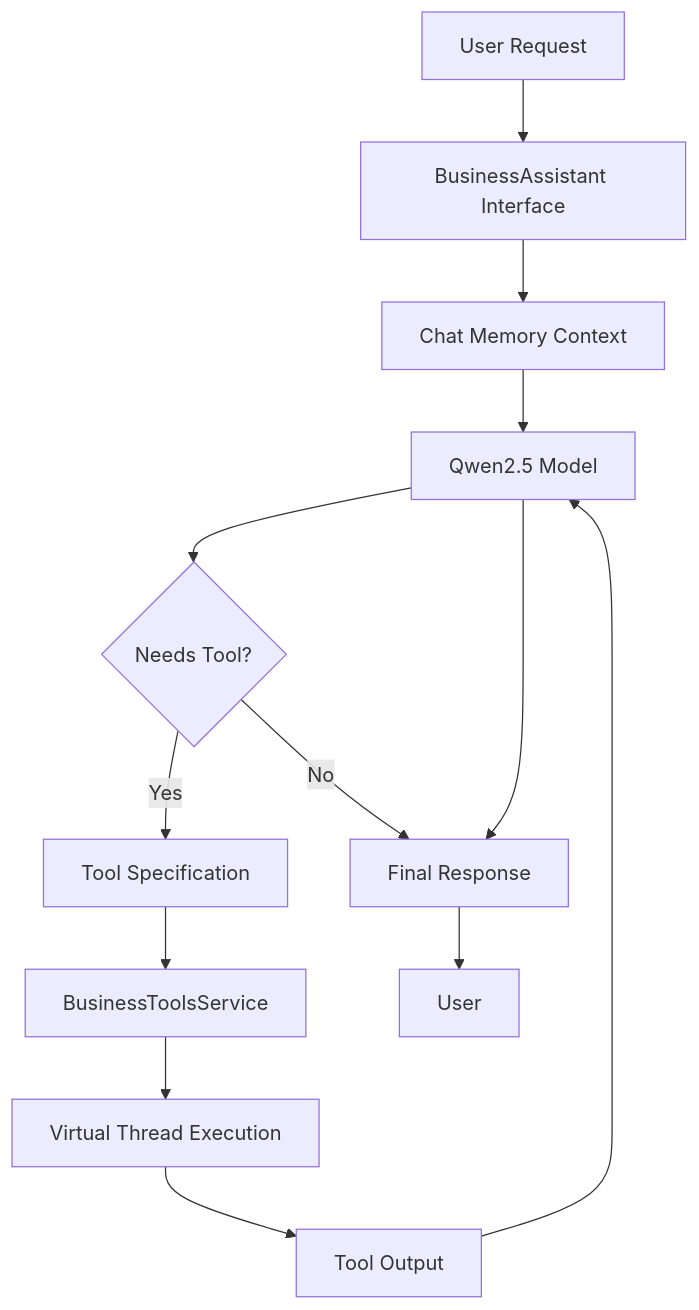
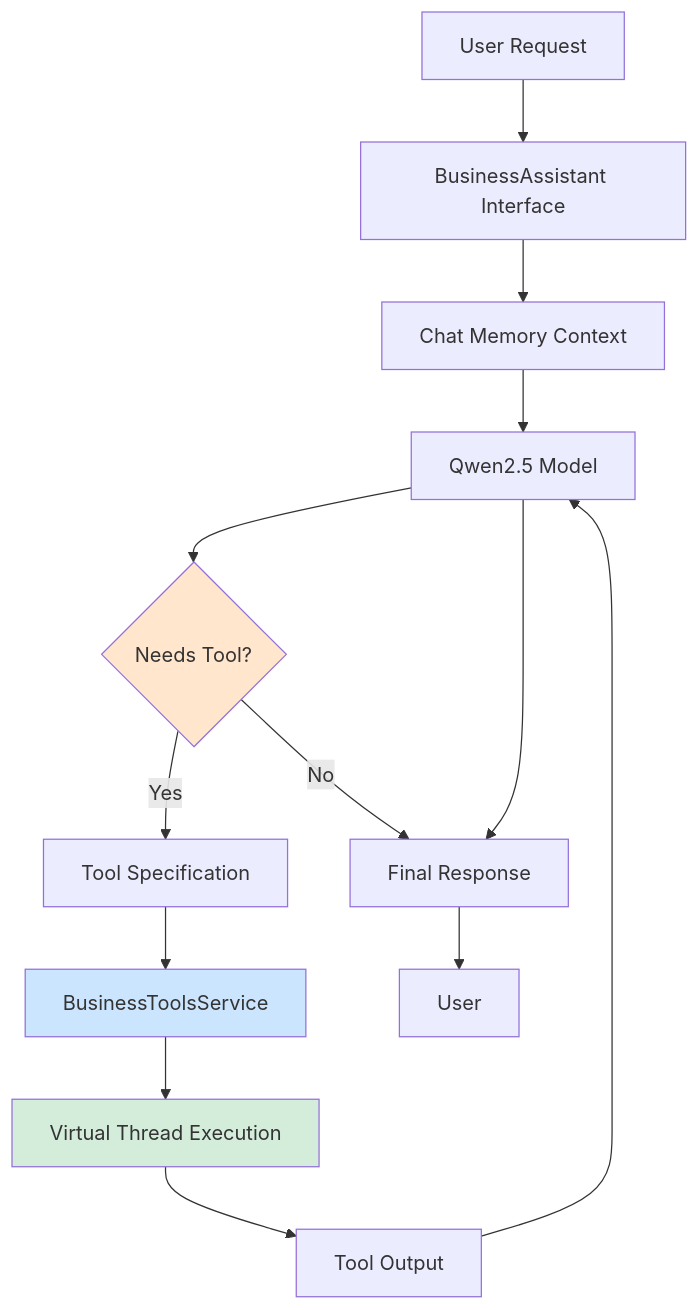
One commit to Joaquinriosheredia/DAM-Java-Mastery changed the third of 4 diagrams in 08_IA_Agentes/tool_calling_function_calling_qwen2_5_langchain4j_STAFF.md. Above: the diagram before and after it, drawn with Mermaid. The commit also changed other lines of this file, not shown here.

````diff
--- a/08_IA_Agentes/tool_calling_function_calling_qwen2_5_langchain4j_STAFF.md
+++ b/08_IA_Agentes/tool_calling_function_calling_qwen2_5_langchain4j_STAFF.md
@@ -296,19 +380,23 @@
 ```mermaid
 graph TD
     REQ[User Request] --> ASSISTANT[BusinessAssistant Interface]
     ASSISTANT --> MEMORY[Chat Memory Context]
     MEMORY --> MODEL[Qwen2.5 Model]
     
     MODEL --> DECIDE{Needs Tool?}
     DECIDE -->|Yes| SPEC[Tool Specification]
     SPEC --> TOOLS[BusinessToolsService]
     
     TOOLS --> EXEC[Virtual Thread Execution]
     EXEC --> RESULT[Tool Output]
     RESULT --> MODEL
     
     MODEL --> FINAL[Final Response]
     FINAL --> USER[User]
     
     DECIDE -->|No| FINAL
+    
+    style EXEC fill:#d4edda
+    style DECIDE fill:#ffe6cc
+    style TOOLS fill:#cce5ff
 ```
````
